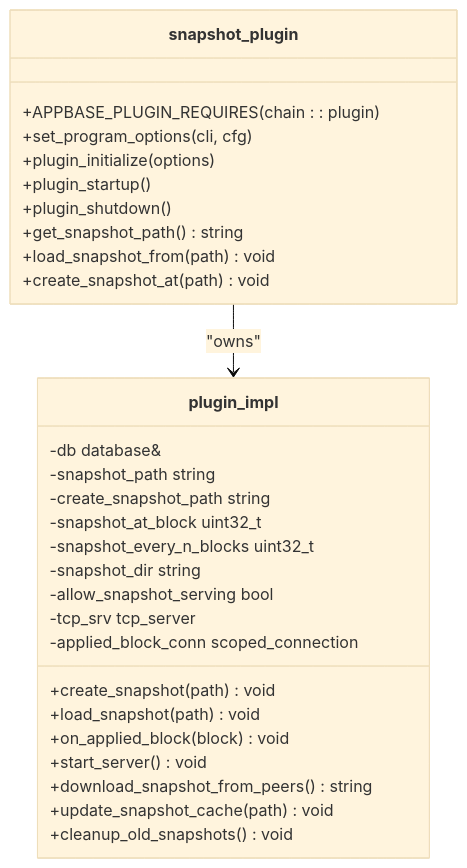
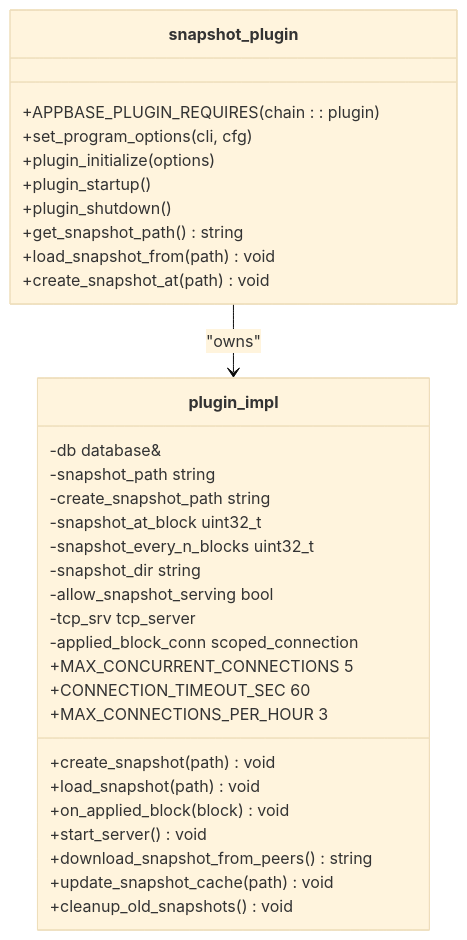
One commit to VIZ-Blockchain/viz-cpp-node changed the third of 26 diagrams in .qoder/repowiki/en/content/Plugin System/Snapshot Plugin System.md. Above: the diagram before and after it, drawn with Mermaid (base theme). The commit also changed other lines of this file and 4 other files, not shown here.

````diff
--- a/.qoder/repowiki/en/content/Plugin System/Snapshot Plugin System.md
+++ b/.qoder/repowiki/en/content/Plugin System/Snapshot Plugin System.md
@@ -170,32 +181,35 @@
 ```mermaid
 classDiagram
 class snapshot_plugin {
 +APPBASE_PLUGIN_REQUIRES(chain : : plugin)
 +set_program_options(cli, cfg)
 +plugin_initialize(options)
 +plugin_startup()
 +plugin_shutdown()
 +get_snapshot_path() string
 +load_snapshot_from(path) void
 +create_snapshot_at(path) void
 }
 class plugin_impl {
 -db database&
 -snapshot_path string
 -create_snapshot_path string
 -snapshot_at_block uint32_t
 -snapshot_every_n_blocks uint32_t
 -snapshot_dir string
 -allow_snapshot_serving bool
 -tcp_srv tcp_server
 -applied_block_conn scoped_connection
 +create_snapshot(path) void
 +load_snapshot(path) void
 +on_applied_block(block) void
 +start_server() void
 +download_snapshot_from_peers() string
 +update_snapshot_cache(path) void
 +cleanup_old_snapshots() void
++MAX_CONCURRENT_CONNECTIONS 5
++CONNECTION_TIMEOUT_SEC 60
++MAX_CONNECTIONS_PER_HOUR 3
 }
 snapshot_plugin --> plugin_impl : "owns"
 ```
````
